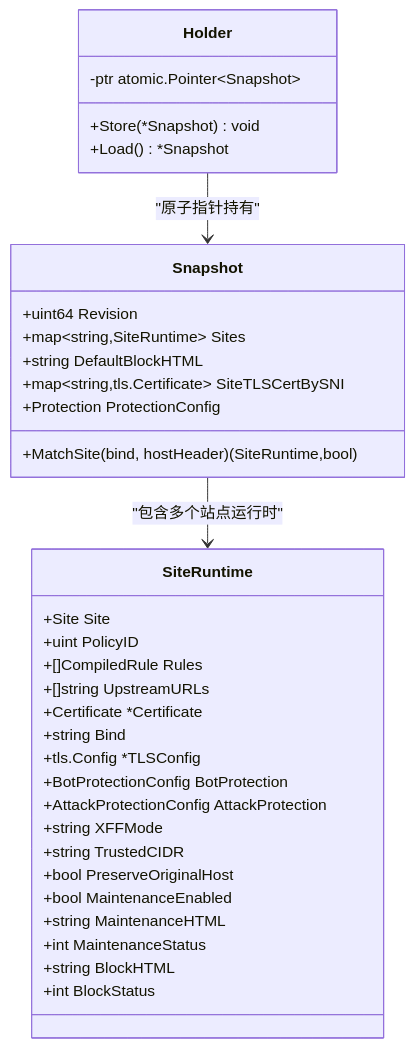
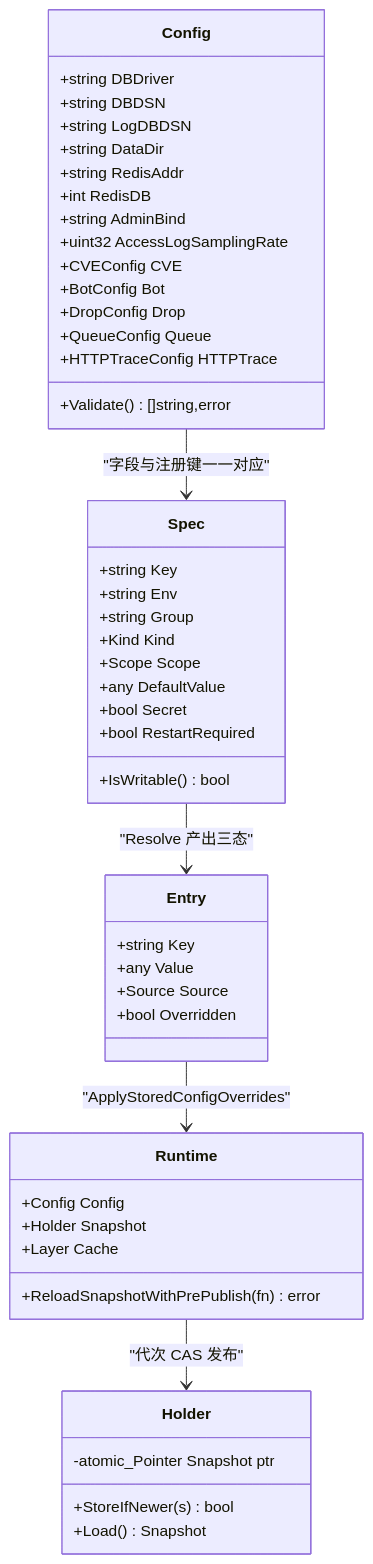
Before and after one commit to x01n/My-OpenWaf: the second of 6 diagrams in docs/配置管理系统/配置管理系统.md, drawn with Mermaid. The commit also changed other lines of this file and 622 other files, not shown here.

````diff
--- a/docs/配置管理系统/配置管理系统.md
+++ b/docs/配置管理系统/配置管理系统.md
@@ -151,37 +154,51 @@
 ```mermaid
 classDiagram
-class Snapshot {
-+uint64 Revision
-+map~string,SiteRuntime~ Sites
-+string DefaultBlockHTML
-+map~string,tls.Certificate~ SiteTLSCertBySNI
-+Protection ProtectionConfig
-+MatchSite(bind, hostHeader) (SiteRuntime,bool)
+class Config {
++string DBDriver
++string DBDSN
++string LogDBDSN
++string DataDir
++string RedisAddr
++int RedisDB
++string AdminBind
++uint32 AccessLogSamplingRate
++CVEConfig CVE
++BotConfig Bot
++DropConfig Drop
++QueueConfig Queue
++HTTPTraceConfig HTTPTrace
++Validate() []string,error
+}
+class Spec {
++string Key
++string Env
++string Group
++Kind Kind
++Scope Scope
++any DefaultValue
++bool Secret
++bool RestartRequired
++IsWritable() bool
+}
+class Entry {
++string Key
++any Value
++Source Source
++bool Overridden
+}
+class Runtime {
++Config Config
++Holder Snapshot
++Layer Cache
++ReloadSnapshotWithPrePublish(fn) error
 }
 class Holder {
--ptr atomic.Pointer~Snapshot~
-+Store(*Snapshot) void
-+Load() *Snapshot
+-atomic_Pointer Snapshot ptr
++StoreIfNewer(s) bool
++Load() Snapshot
 }
-class SiteRuntime {
-+Site Site
-+uint PolicyID
-+[]CompiledRule Rules
-+[]string UpstreamURLs
-+Certificate *Certificate
-+string Bind
-+tls.Config *TLSConfig
-+BotProtectionConfig BotProtection
-+AttackProtectionConfig AttackProtection
-+string XFFMode
-+string TrustedCIDR
-+bool PreserveOriginalHost
-+bool MaintenanceEnabled
-+string MaintenanceHTML
-+int MaintenanceStatus
-+string BlockHTML
-+int BlockStatus
-}
-Holder --> Snapshot : "原子指针持有"
-Snapshot --> SiteRuntime : "包含多个站点运行时"
+Config --> Spec : "字段与注册键一一对应"
+Spec --> Entry : "Resolve 产出三态"
+Entry --> Runtime : "ApplyStoredConfigOverrides"
+Runtime --> Holder : "代次 CAS 发布"
 ```
````
